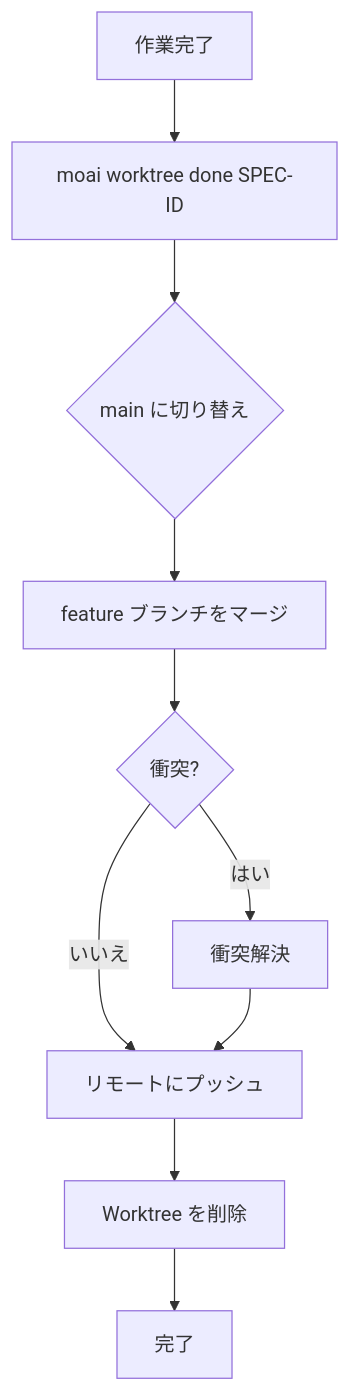
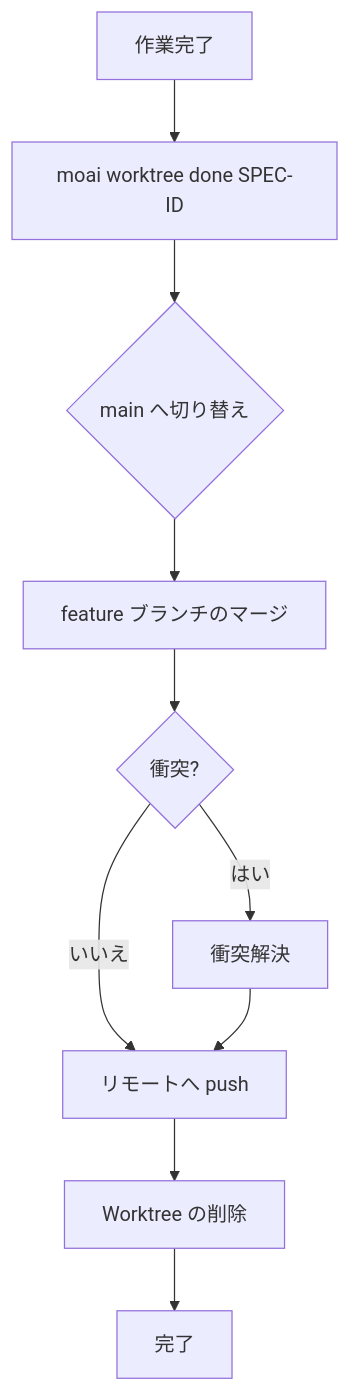
The seventh of 10 diagrams in docs-site/content/ja/worktree/guide.md (modu-ai/moai-adk), drawn with Mermaid before and after one commit. The commit also changed other lines of this file and 395 other files, not shown here.

````diff
--- a/docs-site/content/ja/worktree/guide.md
+++ b/docs-site/content/ja/worktree/guide.md
@@ -454,12 +460,12 @@
 ```mermaid
 flowchart TD
     A[作業完了] --> B[moai worktree done SPEC-ID]
-    B --> C{main に切り替え}
-    C --> D[feature ブランチをマージ]
+    B --> C{main へ切り替え}
+    C --> D[feature ブランチのマージ]
     D --> E{衝突?}
     E -->|はい| F[衝突解決]
-    E -->|いいえ| G[リモートにプッシュ]
+    E -->|いいえ| G[リモートへ push]
     F --> G
-    G --> H[Worktree を削除]
+    G --> H[Worktree の削除]
     H --> I[完了]
 ```
````
